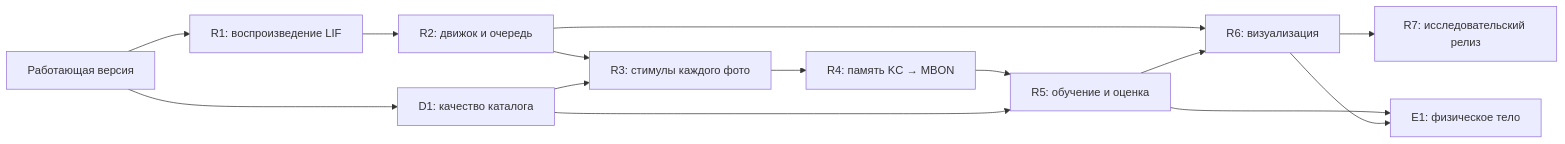
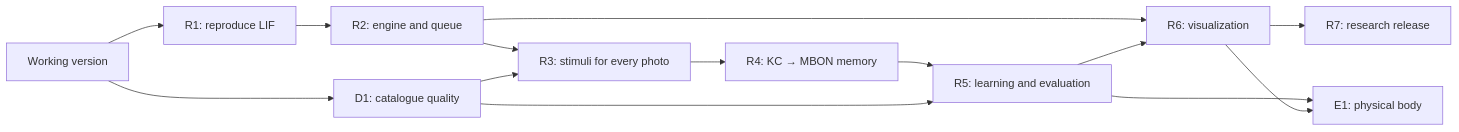
Before and after one commit to Perlitten/Fly-Estate: the diagram in docs/ROADMAP.md, drawn with Mermaid. The commit also changed other lines of this file and 14 other files, not shown here.

Commit message:
feat: switch the application and roadmap to English (#12)

````diff
--- a/docs/ROADMAP.md
+++ b/docs/ROADMAP.md
@@ -42,16 +42,16 @@
 ```mermaid
 flowchart LR
-    Base[Работающая версия] --> R1[R1: воспроизведение LIF]
-    Base --> D1[D1: качество каталога]
-    R1 --> R2[R2: движок и очередь]
-    R2 --> R3[R3: стимулы каждого фото]
+    Base[Working version] --> R1[R1: reproduce LIF]
+    Base --> D1[D1: catalogue quality]
+    R1 --> R2[R2: engine and queue]
+    R2 --> R3[R3: stimuli for every photo]
     D1 --> R3
-    R3 --> R4[R4: память KC → MBON]
-    R4 --> R5[R5: обучение и оценка]
+    R3 --> R4[R4: KC → MBON memory]
+    R4 --> R5[R5: learning and evaluation]
     D1 --> R5
-    R2 --> R6[R6: визуализация]
+    R2 --> R6[R6: visualization]
     R5 --> R6
-    R6 --> R7[R7: исследовательский релиз]
-    R5 --> E1[E1: физическое тело]
+    R6 --> R7[R7: research release]
+    R5 --> E1[E1: physical body]
     R6 --> E1
 ```
````
